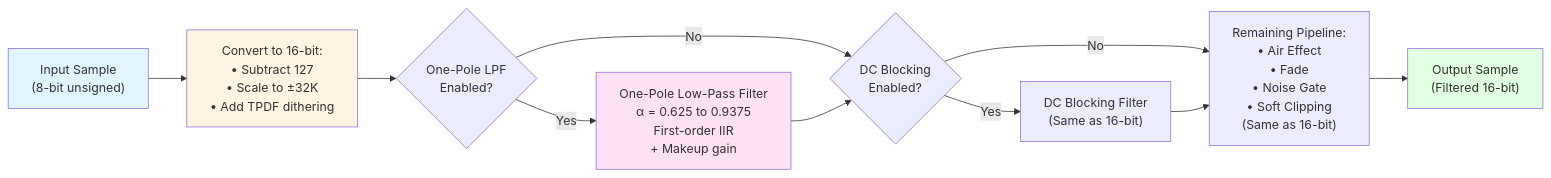
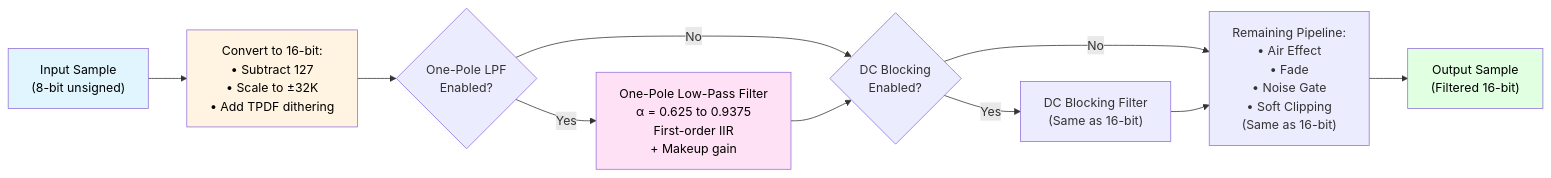
Before and after one commit to JennyDigital/Doorchime-CR2-VSCode: the fifth of 10 diagrams in Application/CR2-VSCode/Docs/AUDIO_ENGINE_FLOWCHART.md, drawn with Mermaid. The commit also changed other lines of this file, not shown here.

Commit message:
Improved contrast in the flowcharts.

````diff
--- a/Application/CR2-VSCode/Docs/AUDIO_ENGINE_FLOWCHART.md
+++ b/Application/CR2-VSCode/Docs/AUDIO_ENGINE_FLOWCHART.md
@@ -209,23 +209,23 @@
 ```mermaid
 flowchart LR
     Input8["Input Sample<br/>(8-bit unsigned)"] --> Convert["Convert to 16-bit:<br/>• Subtract 127<br/>• Scale to ±32K<br/>• Add TPDF dithering"]
     
     Convert --> OnePoleCheck{One-Pole LPF<br/>Enabled?}
     
     OnePoleCheck -->|Yes| OnePole["One-Pole Low-Pass Filter<br/>α = 0.625 to 0.9375<br/>First-order IIR<br/>+ Makeup gain"]
     OnePoleCheck -->|No| DCCheck8
     
     OnePole --> DCCheck8{DC Blocking<br/>Enabled?}
     
     DCCheck8 -->|Yes| DC8["DC Blocking Filter<br/>(Same as 16-bit)"]
     DCCheck8 -->|No| Rest8["Remaining Pipeline:<br/>• Air Effect<br/>• Fade<br/>• Noise Gate<br/>• Soft Clipping<br/>(Same as 16-bit)"]
     
     DC8 --> Rest8
     
     Rest8 --> Output8["Output Sample<br/>(Filtered 16-bit)"]
 
-    style Input8 fill:#e1f5ff
-    style Convert fill:#fff4e1
-    style OnePole fill:#ffe1f5
-    style Output8 fill:#e1ffe1
+    style Input8 fill:#e1f5ff,color:#000000
+    style Convert fill:#fff4e1,color:#000000
+    style OnePole fill:#ffe1f5,color:#000000
+    style Output8 fill:#e1ffe1,color:#000000
 ```
````
